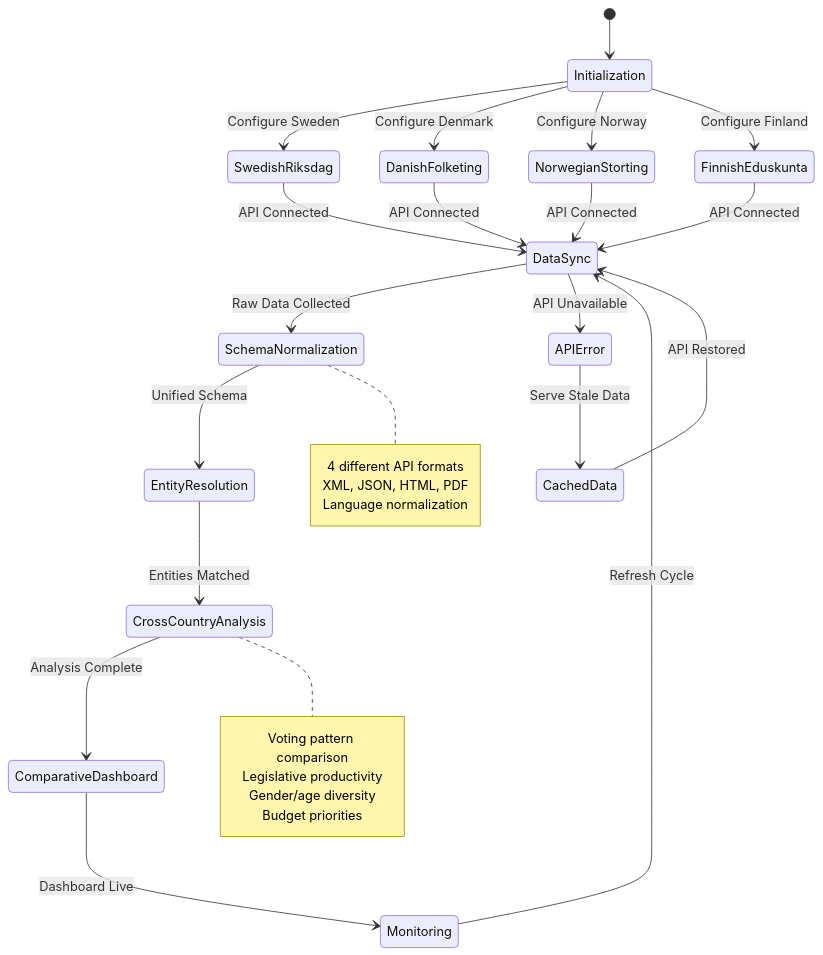
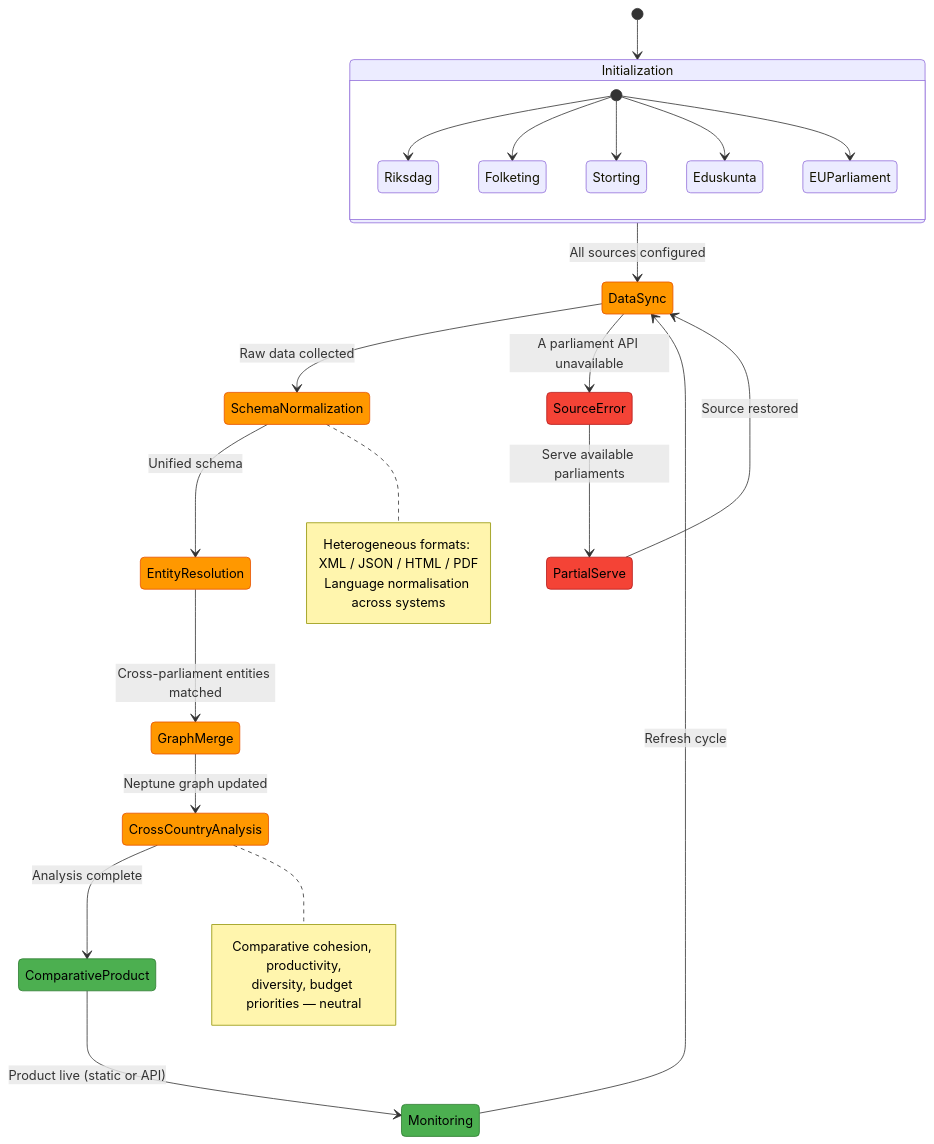
One commit to Hack23/riksdagsmonitor changed diagram 12 of 18 in FUTURE_STATEDIAGRAM.md. Above: the diagram before and after it, drawn with Mermaid. The commit also changed other lines of this file and 5 other files, not shown here.

Commit message:
Rewrite FUTURE_DATA_MODEL.md as three-horizon data architecture (v3.0)

````diff
--- a/FUTURE_STATEDIAGRAM.md
+++ b/FUTURE_STATEDIAGRAM.md
@@ -240,40 +649,43 @@
 ```mermaid
 stateDiagram-v2
     [*] --> Initialization
 
-    Initialization --> SwedishRiksdag: Configure Sweden
-    Initialization --> DanishFolketing: Configure Denmark
-    Initialization --> NorwegianStorting: Configure Norway
-    Initialization --> FinnishEduskunta: Configure Finland
+    state Initialization {
+        [*] --> Riksdag
+        [*] --> Folketing
+        [*] --> Storting
+        [*] --> Eduskunta
+        [*] --> EUParliament
+    }
 
-    SwedishRiksdag --> DataSync: API Connected
-    DanishFolketing --> DataSync: API Connected
-    NorwegianStorting --> DataSync: API Connected
-    FinnishEduskunta --> DataSync: API Connected
+    Initialization --> DataSync: All sources configured
+    DataSync --> SchemaNormalization: Raw data collected
+    SchemaNormalization --> EntityResolution: Unified schema
+    EntityResolution --> GraphMerge: Cross-parliament entities matched
+    GraphMerge --> CrossCountryAnalysis: Neptune graph updated
 
-    DataSync --> SchemaNormalization: Raw Data Collected
-    SchemaNormalization --> EntityResolution: Unified Schema
+    CrossCountryAnalysis --> ComparativeProduct: Analysis complete
+    ComparativeProduct --> Monitoring: Product live (static or API)
+    Monitoring --> DataSync: Refresh cycle
 
-    EntityResolution --> CrossCountryAnalysis: Entities Matched
-    CrossCountryAnalysis --> ComparativeDashboard: Analysis Complete
-
-    ComparativeDashboard --> Monitoring: Dashboard Live
-    Monitoring --> DataSync: Refresh Cycle
-
-    DataSync --> APIError: API Unavailable
-    APIError --> CachedData: Serve Stale Data
-    CachedData --> DataSync: API Restored
+    DataSync --> SourceError: A parliament API unavailable
+    SourceError --> PartialServe: Serve available parliaments
+    PartialServe --> DataSync: Source restored
 
     note right of SchemaNormalization
-        4 different API formats
-        XML, JSON, HTML, PDF
-        Language normalization
+        Heterogeneous formats: XML / JSON / HTML / PDF
+        Language normalisation across systems
     end note
 
     note right of CrossCountryAnalysis
-        Voting pattern comparison
-        Legislative productivity
-        Gender/age diversity
-        Budget priorities
+        Comparative cohesion, productivity,
+        diversity, budget priorities — neutral
     end note
+
+    classDef ok fill:#4caf50,stroke:#2e7d32,color:#000000
+    classDef warn fill:#ff9800,stroke:#e65100,color:#000000
+    classDef err fill:#f44336,stroke:#b71c1c,color:#000000
+    class ComparativeProduct,Monitoring ok
+    class DataSync,SchemaNormalization,EntityResolution,GraphMerge,CrossCountryAnalysis warn
+    class SourceError,PartialServe err
 ```
````
